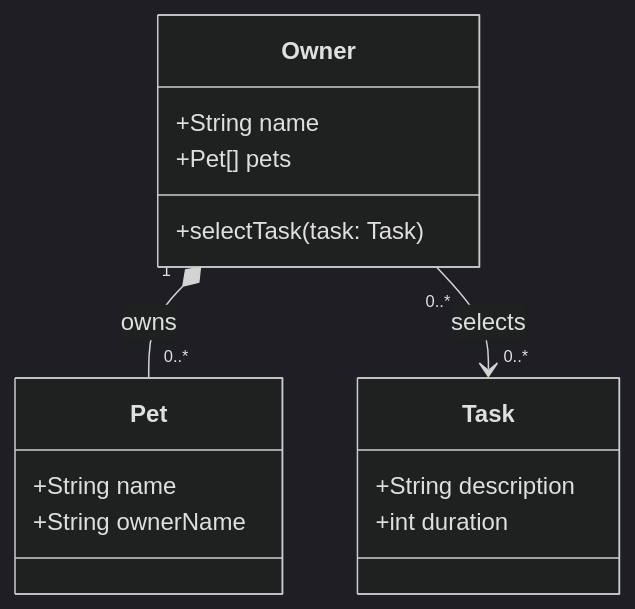
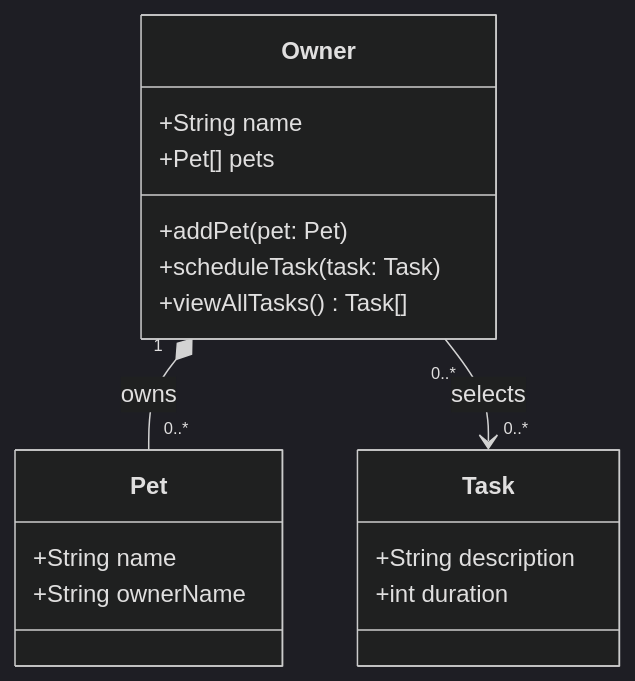
The diagram in uml-diagram.md (sifulsidd/ai110-module2show-pawpal-starter), drawn with Mermaid (dark theme) before and after one commit. The commit also changed 1 other file, not shown here.

Commit message:
Reflection and uml-diagram created

````diff
--- a/uml-diagram.md
+++ b/uml-diagram.md
@@ -1,21 +1,23 @@
 ```mermaid
 classDiagram
     class Task {
         +String description
         +int duration
     }
 
     class Owner {
         +String name
         +Pet[] pets
-        +selectTask(task: Task)
+        +addPet(pet: Pet)
+        +scheduleTask(task: Task)
+        +viewAllTasks() Task[]
     }
 
     class Pet {
         +String name
         +String ownerName
     }
 
     Owner "1" *-- "0..*" Pet : owns
     Owner "0..*" --> "0..*" Task : selects
 ```
````
